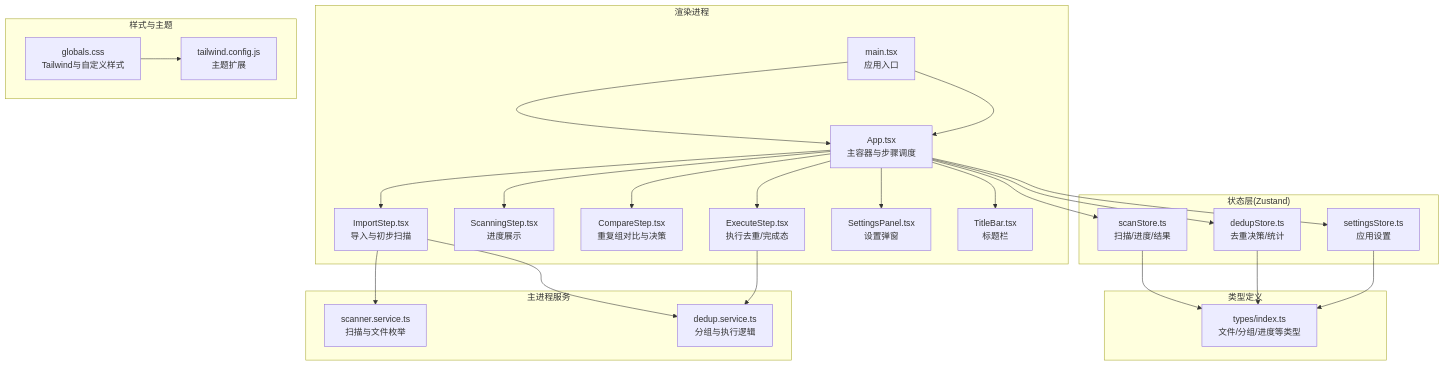
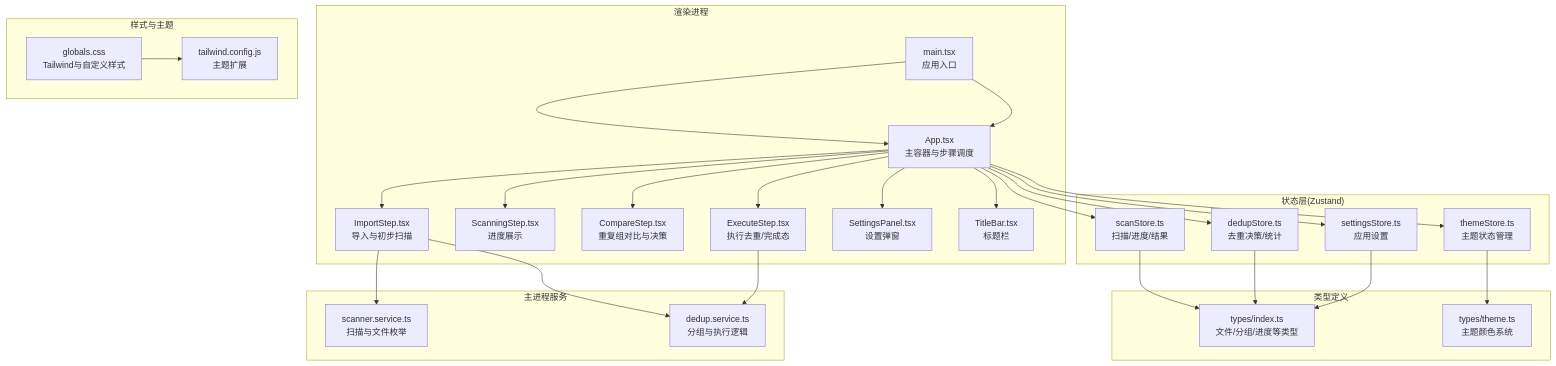
Before and after one commit to remgasuki/ReDoPhoto: the first of 7 diagrams in .qoder/repowiki/zh/content/用户界面系统/用户界面系统.md, drawn with Mermaid. The commit also changed other lines of this file and 10 other files, not shown here.

````diff
--- a/.qoder/repowiki/zh/content/用户界面系统/用户界面系统.md
+++ b/.qoder/repowiki/zh/content/用户界面系统/用户界面系统.md
@@ -42,39 +54,43 @@
 ```mermaid
 graph TB
 subgraph "渲染进程"
 A["main.tsx<br/>应用入口"] --> B["App.tsx<br/>主容器与步骤调度"]
 B --> C["ImportStep.tsx<br/>导入与初步扫描"]
 B --> D["ScanningStep.tsx<br/>进度展示"]
 B --> E["CompareStep.tsx<br/>重复组对比与决策"]
 B --> F["ExecuteStep.tsx<br/>执行去重/完成态"]
 B --> G["SettingsPanel.tsx<br/>设置弹窗"]
 B --> H["TitleBar.tsx<br/>标题栏"]
 end
 subgraph "状态层(Zustand)"
 S1["scanStore.ts<br/>扫描/进度/结果"]
 S2["dedupStore.ts<br/>去重决策/统计"]
 S3["settingsStore.ts<br/>应用设置"]
+TS["themeStore.ts<br/>主题状态管理"]
 end
 subgraph "类型定义"
 T1["types/index.ts<br/>文件/分组/进度等类型"]
+T2["types/theme.ts<br/>主题颜色系统"]
 end
 subgraph "样式与主题"
 ST1["globals.css<br/>Tailwind与自定义样式"]
 ST2["tailwind.config.js<br/>主题扩展"]
 end
 subgraph "主进程服务"
 M1["scanner.service.ts<br/>扫描与文件枚举"]
 M2["dedup.service.ts<br/>分组与执行逻辑"]
 end
 A --> B
 B --> S1
 B --> S2
 B --> S3
+B --> TS
 S1 --> T1
 S2 --> T1
 S3 --> T1
+TS --> T2
 ST1 --> ST2
 C --> M1
 C --> M2
 F --> M2
 ```
````
